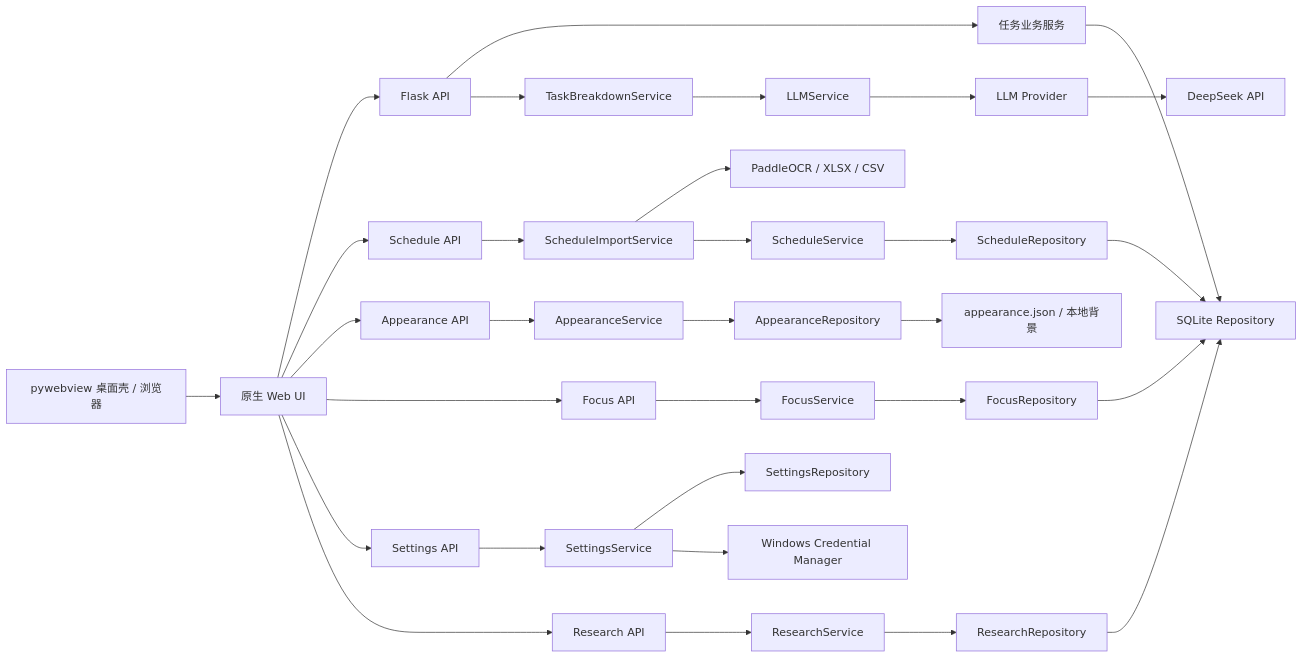
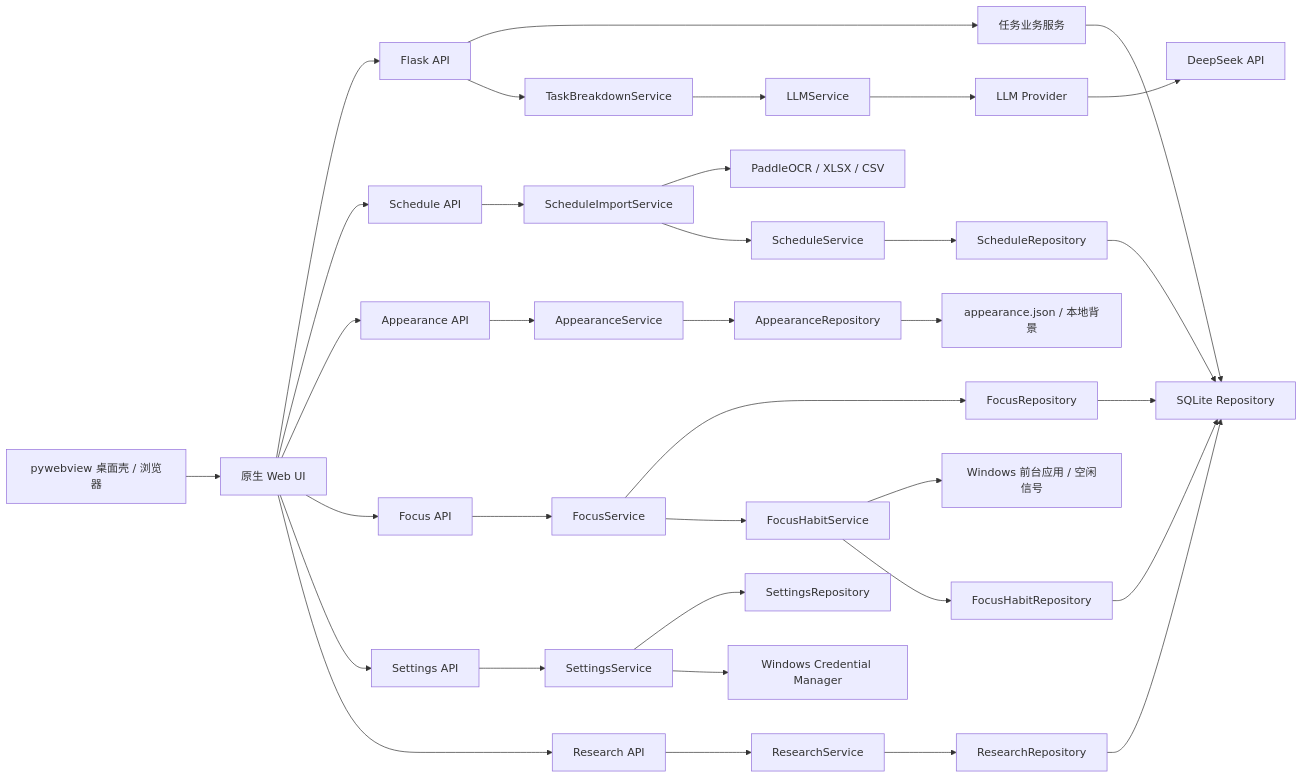
The first of 5 diagrams in docs/architecture.md (coronaBorealis/Yantu), drawn with Mermaid before and after one commit. The commit also changed other lines of this file and 23 other files, not shown here.

Commit message:
feat: add focus habit tracking and reliable planning preferences

````diff
--- a/docs/architecture.md
+++ b/docs/architecture.md
@@ -7,33 +7,37 @@
 ```mermaid
 flowchart LR
     SHELL["pywebview 桌面壳 / 浏览器"] --> UI["原生 Web UI"]
     UI --> API["Flask API"]
     API --> TASK["任务业务服务"]
     TASK --> DB["SQLite Repository"]
     API --> BREAKDOWN["TaskBreakdownService"]
     BREAKDOWN --> FACADE["LLMService"]
     FACADE --> PROVIDER["LLM Provider"]
     PROVIDER --> DS["DeepSeek API"]
     UI --> SCHEDULE_API["Schedule API"]
     SCHEDULE_API --> IMPORT["ScheduleImportService"]
     IMPORT --> OCR["PaddleOCR / XLSX / CSV"]
     IMPORT --> SCHEDULE_SERVICE["ScheduleService"]
     SCHEDULE_SERVICE --> SCHEDULE_REPO["ScheduleRepository"]
     SCHEDULE_REPO --> DB
     UI --> APPEARANCE_API["Appearance API"]
     APPEARANCE_API --> APPEARANCE_SERVICE["AppearanceService"]
     APPEARANCE_SERVICE --> APPEARANCE_REPO["AppearanceRepository"]
     APPEARANCE_REPO --> FILES["appearance.json / 本地背景"]
     UI --> FOCUS_API["Focus API"]
     FOCUS_API --> FOCUS_SERVICE["FocusService"]
     FOCUS_SERVICE --> FOCUS_REPO["FocusRepository"]
     FOCUS_REPO --> DB
+    FOCUS_SERVICE --> HABIT_SERVICE["FocusHabitService"]
+    HABIT_SERVICE --> PROBE["Windows 前台应用 / 空闲信号"]
+    HABIT_SERVICE --> HABIT_REPO["FocusHabitRepository"]
+    HABIT_REPO --> DB
     UI --> SETTINGS_API["Settings API"]
     SETTINGS_API --> SETTINGS_SERVICE["SettingsService"]
     SETTINGS_SERVICE --> SETTINGS_REPO["SettingsRepository"]
     SETTINGS_SERVICE --> VAULT["Windows Credential Manager"]
     UI --> RESEARCH_API["Research API"]
     RESEARCH_API --> RESEARCH_SERVICE["ResearchService"]
     RESEARCH_SERVICE --> RESEARCH_REPO["ResearchRepository"]
     RESEARCH_REPO --> DB
 ```
````
